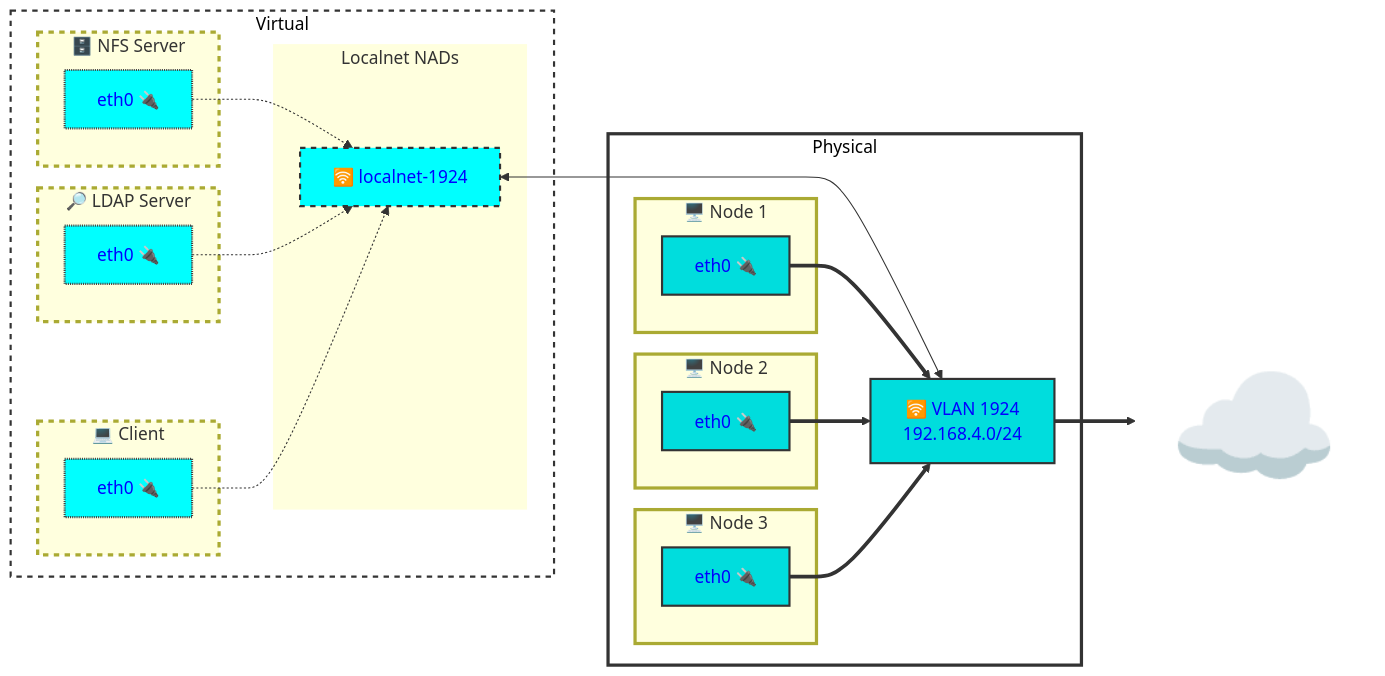
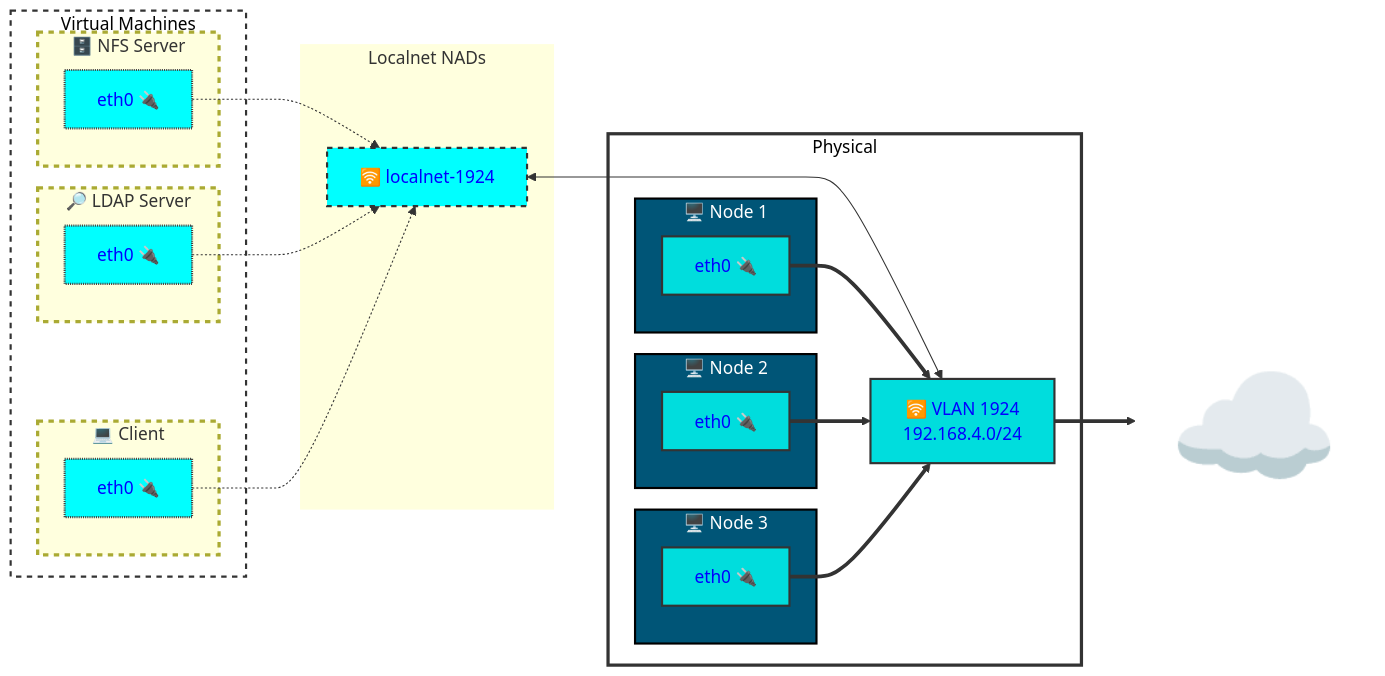
The second of 2 diagrams in networking/readme.md (dlbewley/demo-autofs), drawn with Mermaid before and after one commit. The commit also changed other lines of this file, not shown here.

Commit message:
gotta run

````diff
--- a/networking/readme.md
+++ b/networking/readme.md
@@ -111,65 +111,66 @@
 ```mermaid
 graph LR;
     Internet["☁️ "]:::Internet
     vlan-1924[🛜 VLAN 1924<br>192.168.4.0/24<br>]:::vlan-1924;
     vlan-1924 ==> Internet
     nad-1924 <---> vlan-1924
 
     subgraph Physical["Physical"]
       subgraph node1["🖥️ Node 1"]
         node1-eth0[eth0 🔌]:::node-eth;
       end
       subgraph node2["🖥️ Node 2"]
         node2-eth0[eth0 🔌]:::node-eth;
       end
       subgraph node3["🖥️ Node 3"]
         node3-eth0[eth0 🔌]:::node-eth;
       end
 
       node1-eth0 ==> vlan-1924
       node2-eth0 ==> vlan-1924;
       node3-eth0 ==> vlan-1924;
     end
 
-    subgraph Virtual["Virtual"]
-      subgraph Localnets["Localnet NADs"]
-          nad-1924[🛜 localnet-1924]:::nad-1924;
-      end
-
+    subgraph Virtual["Virtual Machines"]
       subgraph NFS-Server["🗄️ NFS Server"]
           server-1-eth0[eth0 🔌]:::vm-eth;
       end
 
       subgraph LDAP-Server["🔎 LDAP Server"]
           server-2-eth0[eth0 🔌]:::vm-eth;
       end
 
       subgraph Client["💻 Client"]
           server-3-eth0[eth0 🔌]:::vm-eth;
       end
     end
+      subgraph Localnets["Localnet NADs"]
+          nad-1924[🛜 localnet-1924]:::nad-1924;
+      end
+
 
     server-1-eth0 -.-> nad-1924
     server-2-eth0 -.-> nad-1924
     server-3-eth0 -.-> nad-1924
 
     classDef node-eth fill:#00dddd,color:#00f,stroke:#333,stroke-width:2px;
     classDef vm-eth fill:#00ffff,color:#00f,stroke:#444,stroke-width:2px,stroke-dasharray: 1 1;
 
     classDef vlan-1924 fill:#00dddd,color:#00f,stroke:#333,stroke-width:2px;
     classDef nad-1924 fill:#00ffff,color:#00f,stroke:#333,stroke-width:2px,stroke-dasharray: 5 5;
 
     classDef networks fill:#cdd,stroke-width:0px
 
     style Localnets stroke-width:0px;
     style Physical color:#000,fill:#fff,stroke:#333,stroke-width:3px;
     style Virtual color:#000,fill:#fff,stroke:#333,stroke-width:2px,stroke-dasharray: 5 5;
     style Internet fill:none,stroke-width:0px,font-size:+2em;
 
+    classDef nodes color:#fff,fill:#005577,stroke:#000,stroke-width:2px;
+    class node1,node2,node3 nodes
+
     classDef servers stroke-width:3px,stroke-dasharray: 5 5;
     class NFS-Server,LDAP-Server,Client servers
 
-    classDef nodes stroke-width:3px
-    class node1,node2,node3 nodes
 
 ```
````
